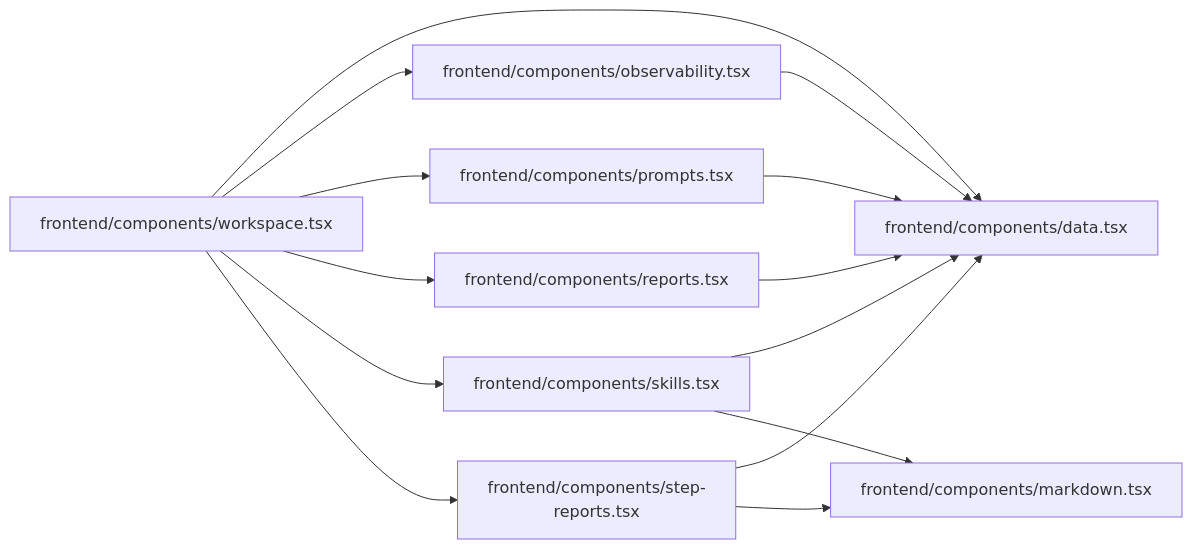
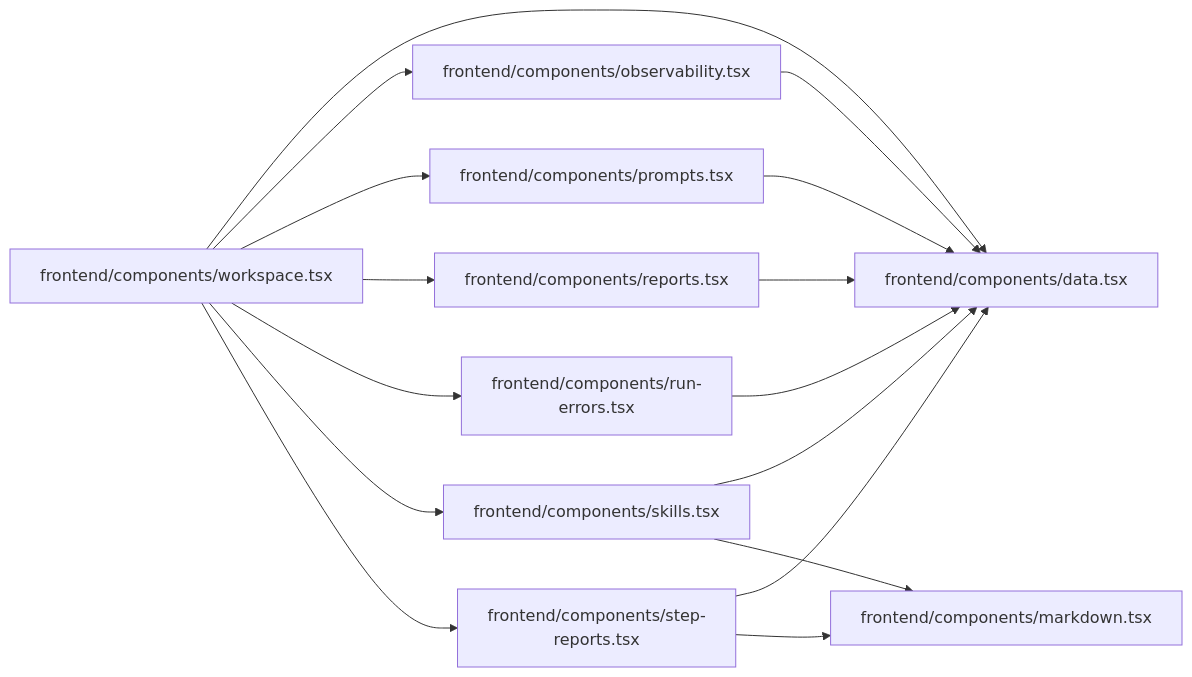
The eighth of 21 diagrams in docs/ARCHITECTURE_MAP.md (sarveshtalele/maf-harness-testing), drawn with Mermaid before and after one commit. The commit also changed other lines of this file and 7 other files, not shown here.

Commit message:
feat(ui): Errors tab collecting all run errors, replacing per-failure notices

````diff
--- a/docs/ARCHITECTURE_MAP.md
+++ b/docs/ARCHITECTURE_MAP.md
@@ -272,24 +272,27 @@
 ```mermaid
 flowchart LR
   f0["frontend/components/data.tsx"]
   f1["frontend/components/markdown.tsx"]
   f2["frontend/components/observability.tsx"]
   f3["frontend/components/prompts.tsx"]
   f4["frontend/components/reports.tsx"]
-  f5["frontend/components/skills.tsx"]
-  f6["frontend/components/step-reports.tsx"]
-  f7["frontend/components/workspace.tsx"]
+  f5["frontend/components/run-errors.tsx"]
+  f6["frontend/components/skills.tsx"]
+  f7["frontend/components/step-reports.tsx"]
+  f8["frontend/components/workspace.tsx"]
   f2 --> f0
   f3 --> f0
   f4 --> f0
   f5 --> f0
-  f5 --> f1
   f6 --> f0
   f6 --> f1
   f7 --> f0
-  f7 --> f2
-  f7 --> f3
-  f7 --> f4
-  f7 --> f5
-  f7 --> f6
+  f7 --> f1
+  f8 --> f0
+  f8 --> f2
+  f8 --> f3
+  f8 --> f4
+  f8 --> f5
+  f8 --> f6
+  f8 --> f7
 ```
````
